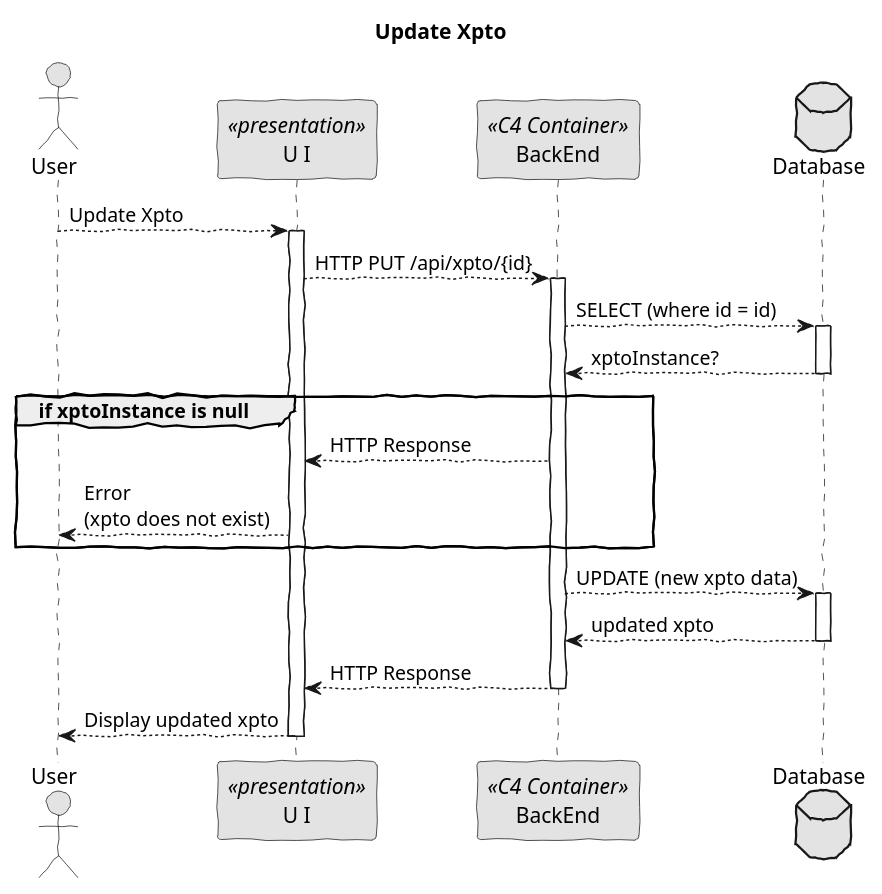
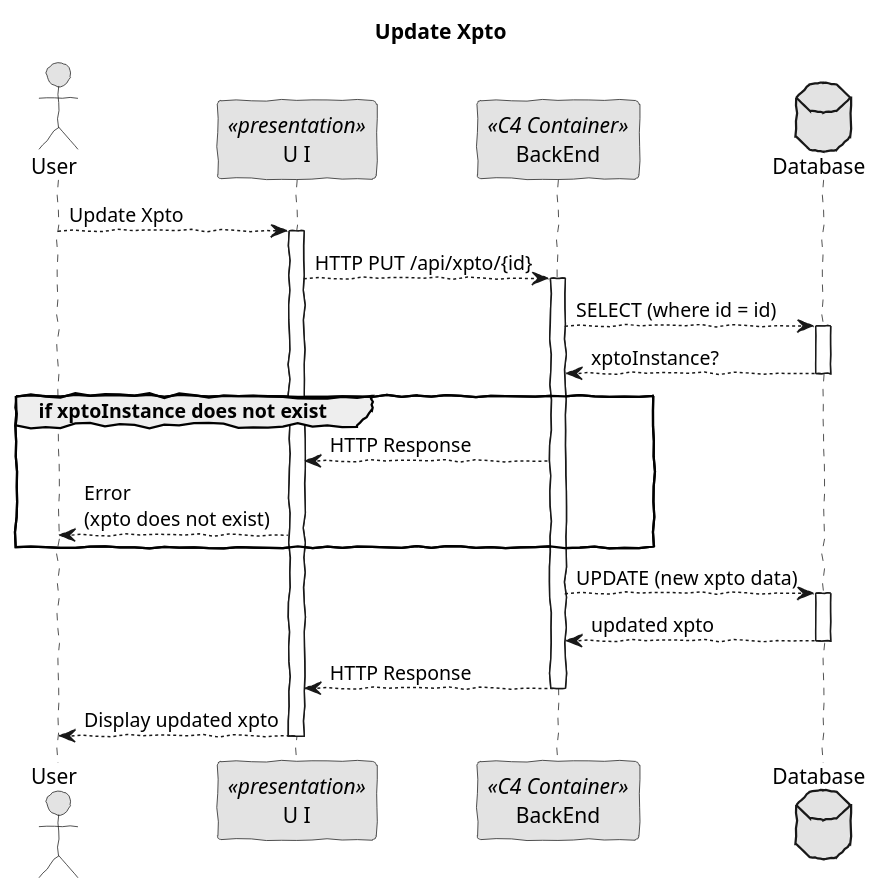
The diagram in docs/sprint_1/global_artifacts/arquitecture/LeveL_3/process_views/l3_process_view_put.puml (BernasDzn/portit), drawn with PlantUML before and after one commit. The commit also changed 17 other files, not shown here.

```diff
--- a/docs/sprint_1/global_artifacts/arquitecture/LeveL_3/process_views/l3_process_view_put.puml
+++ b/docs/sprint_1/global_artifacts/arquitecture/LeveL_3/process_views/l3_process_view_put.puml
@@ -1,43 +1,43 @@
 @startuml sequence_diagram_put
 skinparam handwritten true
 skinparam monochrome true
 skinparam packageStyle rect
 skinparam defaultFontName FG Virgil
 skinparam shadowing false
 
 actor User as Actor
 participant "U I" as UI <<presentation>>
 participant BackEnd as BackEnd <<C4 Container>>
 database Database
 
 title Update Xpto
 
 Actor --> UI: Update Xpto
 activate UI
 
     UI --> BackEnd: HTTP PUT /api/xpto/{id}
 
     activate BackEnd
 
         BackEnd --> Database: SELECT (where id = id)
         activate Database
             Database --> BackEnd : xptoInstance?
         deactivate Database
 
-        group if xptoInstance is null
+        group if xptoInstance does not exist
         BackEnd --> UI: HTTP Response
         UI --> Actor: Error\n(xpto does not exist)
         end
 
         BackEnd --> Database : UPDATE (new xpto data)
         activate Database
             Database --> BackEnd : updated xpto
         deactivate Database
 
         BackEnd --> UI: HTTP Response
     deactivate BackEnd
 
 UI --> Actor: Display updated xpto
 deactivate UI
             
 @enduml
```
